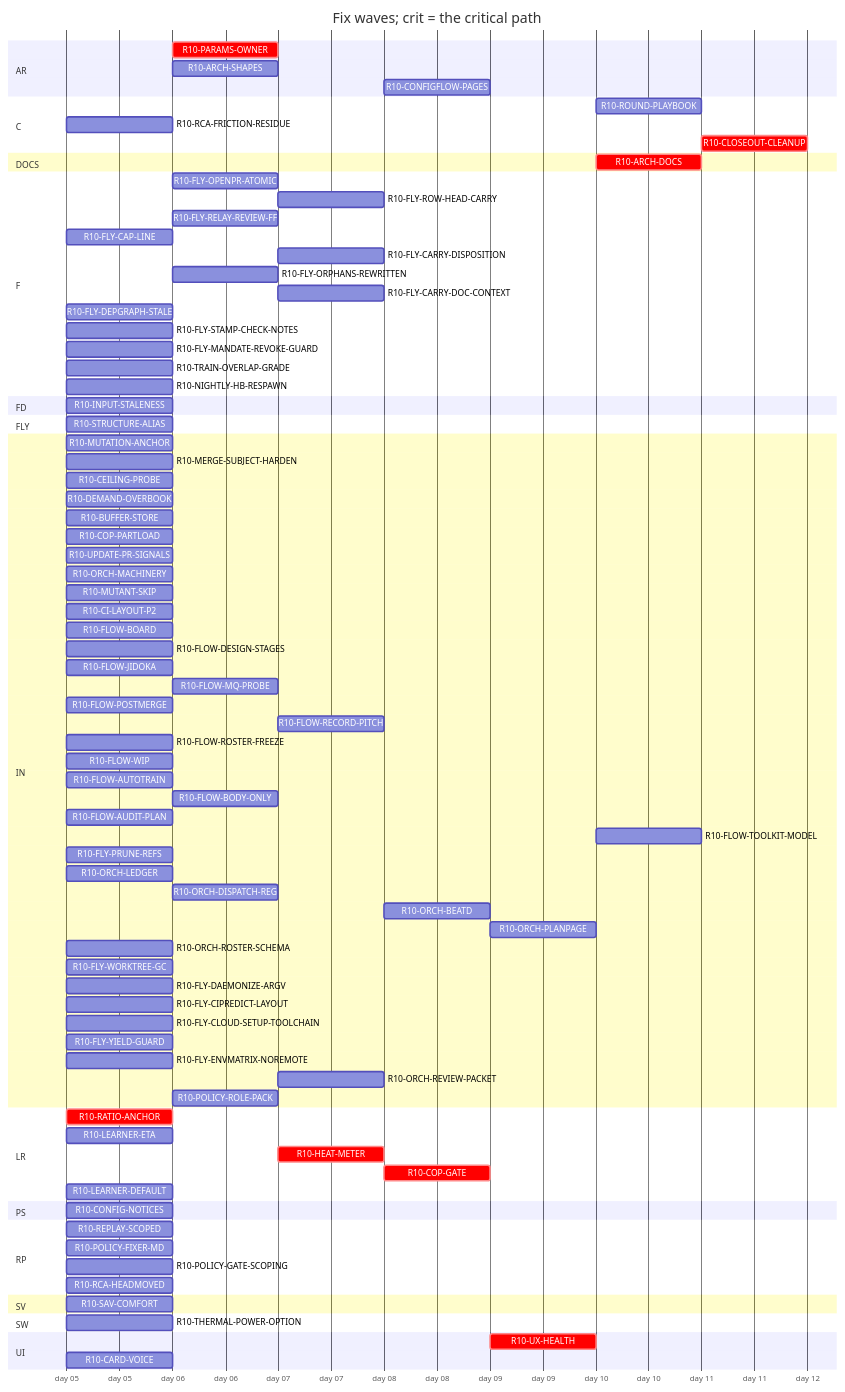
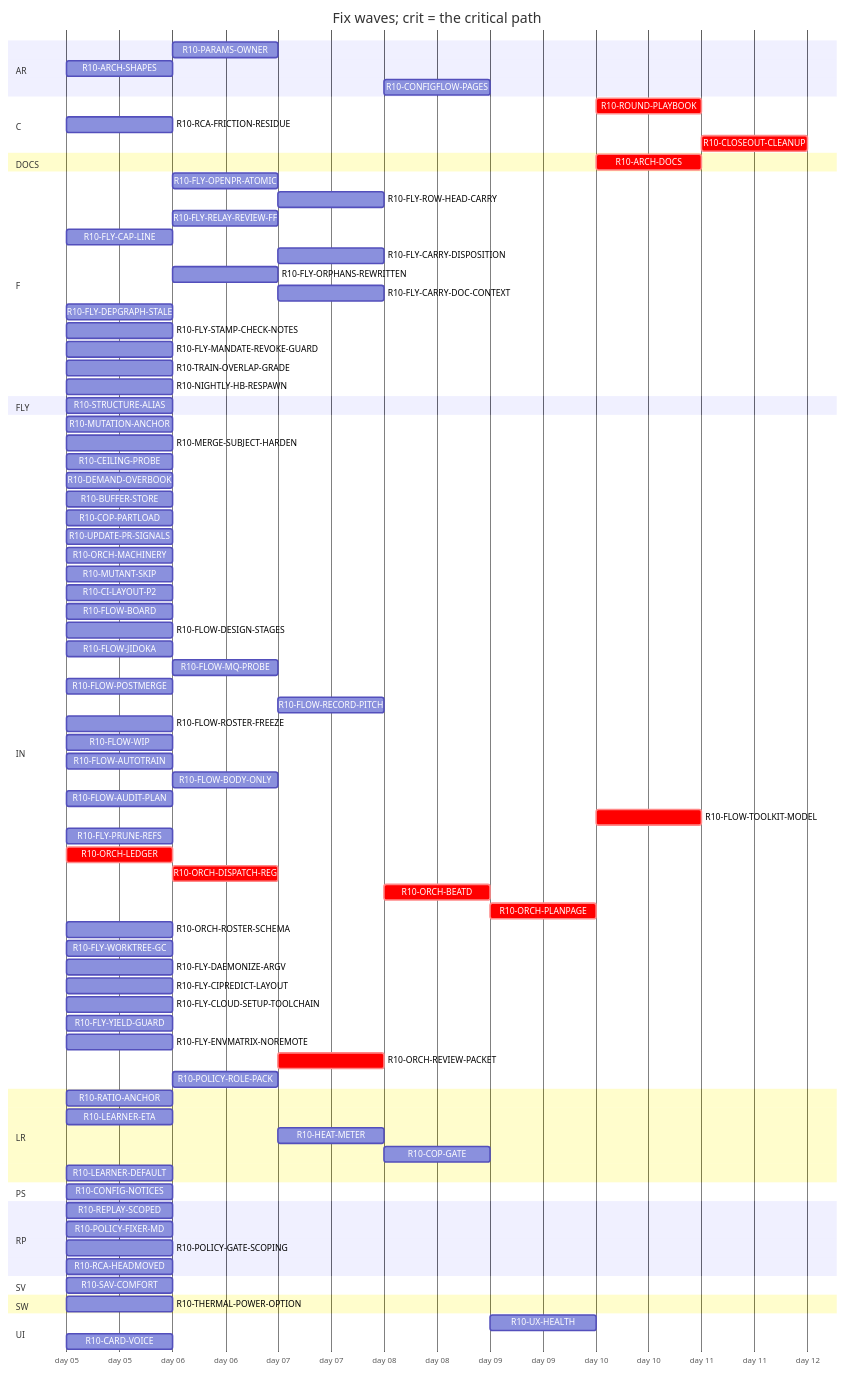
One commit to tvofi/heatpump_optimizer changed the diagram in handoff/round10/state/PLAN-TABLE.md. Above: the diagram before and after it, drawn with Mermaid. The commit also changed other lines of this file and 2 other files, not shown here.

````diff
--- a/handoff/round10/state/PLAN-TABLE.md
+++ b/handoff/round10/state/PLAN-TABLE.md
@@ -29,15 +28,15 @@
   dateFormat YYYY-MM-DD
   axisFormat day %d
   section AR
-    R10-PARAMS-OWNER :crit, r10PARAMSOWNER, after r10RATIOANCHOR, 1d
-    R10-ARCH-SHAPES :r10ARCHSHAPES, after r10INPUTSTALENESS, 1d
+    R10-PARAMS-OWNER :r10PARAMSOWNER, after r10RATIOANCHOR, 1d
+    R10-ARCH-SHAPES :r10ARCHSHAPES, 2026-01-05, 1d
     R10-CONFIGFLOW-PAGES :r10CONFIGFLOWPAGES, after r10HEATMETER, 1d
   section C
-    R10-ROUND-PLAYBOOK :r10ROUNDPLAYBOOK, after r10FLOWAUDITPLAN r10ORCHLEDGER r10ORCHDISPATCHREG r10ORCHBEATD r10ORCHPLANPAGE r10FLOWAUTOTRAIN r10CILAYOUTP2 r10FLYRELAYREVIEWFF r10FLOWROSTERFREEZE r10FLOWBODYONLY, 1d
+    R10-ROUND-PLAYBOOK :crit, r10ROUNDPLAYBOOK, after r10FLOWAUDITPLAN r10ORCHLEDGER r10ORCHDISPATCHREG r10ORCHBEATD r10ORCHPLANPAGE r10FLOWAUTOTRAIN r10CILAYOUTP2 r10FLYRELAYREVIEWFF r10FLOWROSTERFREEZE r10FLOWBODYONLY r10ARCHDOCS, 1d
     R10-RCA-FRICTION-RESIDUE :r10RCAFRICTIONRESIDUE, 2026-01-05, 1d
     R10-CLOSEOUT-CLEANUP :crit, r10CLOSEOUTCLEANUP, after r10FLYPRUNEREFS r10FLYWORKTREEGC r10ARCHDOCS r10ROUNDPLAYBOOK, 1d
   section DOCS
-    R10-ARCH-DOCS :crit, r10ARCHDOCS, after r10RATIOANCHOR r10INPUTSTALENESS r10CONFIGNOTICES r10PARAMSOWNER r10ARCHSHAPES r10LEARNERETA r10HEATMETER r10COPGATE r10UXHEALTH r10CONFIGFLOWPAGES r10REPLAYSCOPED, 1d
+    R10-ARCH-DOCS :crit, r10ARCHDOCS, after r10RATIOANCHOR r10CONFIGNOTICES r10PARAMSOWNER r10ARCHSHAPES r10LEARNERETA r10HEATMETER r10COPGATE r10UXHEALTH r10CONFIGFLOWPAGES r10REPLAYSCOPED r10POLICYFIXERMD r10POLICYGATESCOPING r10RCAHEADMOVED r10SAVCOMFORT r10MUTATIONANCHOR r10MERGESUBJECTHARDEN r10CEILINGPROBE r10DEMANDOVERBOOK r10BUFFERSTORE r10COPPARTLOAD r10UPDATEPRSIGNALS r10CARDVOICE r10THERMALPOWEROPTION r10LEARNERDEFAULT r10MUTANTSKIP r10CILAYOUTP2 r10FLOWBOARD r10FLOWDESIGNSTAGES r10FLOWJIDOKA r10FLOWMQPROBE r10FLOWPOSTMERGE r10FLOWRECORDPITCH r10FLOWROSTERFREEZE r10FLOWWIP r10FLOWAUTOTRAIN r10FLOWBODYONLY r10FLYOPENPRATOMIC r10FLYROWHEADCARRY r10FLOWAUDITPLAN r10FLYRELAYREVIEWFF r10FLYCAPLINE r10FLYCARRYDISPOSITION r10FLYORPHANSREWRITTEN r10FLYCARRYDOCCONTEXT r10FLYDEPGRAPHSTALE r10FLOWTOOLKITMODEL r10FLYSTAMPCHECKNOTES r10FLYMANDATEREVOKEGUARD r10RCAFRICTIONRESIDUE r10TRAINOVERLAPGRADE r10NIGHTLYHBRESPAWN r10FLYPRUNEREFS r10ORCHLEDGER r10ORCHDISPATCHREG r10ORCHBEATD r10ORCHPLANPAGE r10ORCHROSTERSCHEMA r10FLYWORKTREEGC r10FLYDAEMONIZEARGV r10FLYCIPREDICTLAYOUT r10FLYCLOUDSETUPTOOLCHAIN r10FLYYIELDGUARD r10FLYENVMATRIXNOREMOTE r10STRUCTUREALIAS r10ORCHREVIEWPACKET r10POLICYROLEPACK, 1d
   section F
     R10-FLY-OPENPR-ATOMIC :r10FLYOPENPRATOMIC, after r10UPDATEPRSIGNALS, 1d
     R10-FLY-ROW-HEAD-CARRY :r10FLYROWHEADCARRY, after r10CILAYOUTP2 r10FLYOPENPRATOMIC r10FLOWMQPROBE, 1d
@@ -51,8 +50,6 @@
     R10-FLY-MANDATE-REVOKE-GUARD :r10FLYMANDATEREVOKEGUARD, 2026-01-05, 1d
     R10-TRAIN-OVERLAP-GRADE :r10TRAINOVERLAPGRADE, 2026-01-05, 1d
     R10-NIGHTLY-HB-RESPAWN :r10NIGHTLYHBRESPAWN, 2026-01-05, 1d
-  section FD
-    R10-INPUT-STALENESS :r10INPUTSTALENESS, 2026-01-05, 1d
   section FLY
     R10-STRUCTURE-ALIAS :r10STRUCTUREALIAS, 2026-01-05, 1d
   section IN
@@ -77,12 +74,12 @@
     R10-FLOW-AUTOTRAIN :r10FLOWAUTOTRAIN, 2026-01-05, 1d
     R10-FLOW-BODY-ONLY :r10FLOWBODYONLY, after r10UPDATEPRSIGNALS, 1d
     R10-FLOW-AUDIT-PLAN :r10FLOWAUDITPLAN, 2026-01-05, 1d
-    R10-FLOW-TOOLKIT-MODEL :r10FLOWTOOLKITMODEL, after r10ORCHPLANPAGE, 1d
+    R10-FLOW-TOOLKIT-MODEL :crit, r10FLOWTOOLKITMODEL, after r10ORCHPLANPAGE, 1d
     R10-FLY-PRUNE-REFS :r10FLYPRUNEREFS, 2026-01-05, 1d
-    R10-ORCH-LEDGER :r10ORCHLEDGER, 2026-01-05, 1d
-    R10-ORCH-DISPATCH-REG :r10ORCHDISPATCHREG, after r10ORCHLEDGER, 1d
-    R10-ORCH-BEATD :r10ORCHBEATD, after r10ORCHDISPATCHREG r10POLICYFIXERMD r10ORCHREVIEWPACKET, 1d
-    R10-ORCH-PLANPAGE :r10ORCHPLANPAGE, after r10ORCHBEATD, 1d
+    R10-ORCH-LEDGER :crit, r10ORCHLEDGER, 2026-01-05, 1d
+    R10-ORCH-DISPATCH-REG :crit, r10ORCHDISPATCHREG, after r10ORCHLEDGER, 1d
+    R10-ORCH-BEATD :crit, r10ORCHBEATD, after r10ORCHDISPATCHREG r10POLICYFIXERMD r10ORCHREVIEWPACKET, 1d
+    R10-ORCH-PLANPAGE :crit, r10ORCHPLANPAGE, after r10ORCHBEATD, 1d
     R10-ORCH-ROSTER-SCHEMA :r10ORCHROSTERSCHEMA, 2026-01-05, 1d
     R10-FLY-WORKTREE-GC :r10FLYWORKTREEGC, 2026-01-05, 1d
     R10-FLY-DAEMONIZE-ARGV :r10FLYDAEMONIZEARGV, 2026-01-05, 1d
@@ -90,13 +87,13 @@
     R10-FLY-CLOUD-SETUP-TOOLCHAIN :r10FLYCLOUDSETUPTOOLCHAIN, 2026-01-05, 1d
     R10-FLY-YIELD-GUARD :r10FLYYIELDGUARD, 2026-01-05, 1d
     R10-FLY-ENVMATRIX-NOREMOTE :r10FLYENVMATRIXNOREMOTE, 2026-01-05, 1d
-    R10-ORCH-REVIEW-PACKET :r10ORCHREVIEWPACKET, after r10ORCHDISPATCHREG r10POLICYFIXERMD, 1d
+    R10-ORCH-REVIEW-PACKET :crit, r10ORCHREVIEWPACKET, after r10ORCHDISPATCHREG r10POLICYFIXERMD, 1d
     R10-POLICY-ROLE-PACK :r10POLICYROLEPACK, after r10POLICYFIXERMD r10FLOWDESIGNSTAGES, 1d
   section LR
-    R10-RATIO-ANCHOR :crit, r10RATIOANCHOR, 2026-01-05, 1d
+    R10-RATIO-ANCHOR :r10RATIOANCHOR, 2026-01-05, 1d
     R10-LEARNER-ETA :r10LEARNERETA, 2026-01-05, 1d
-    R10-HEAT-METER :crit, r10HEATMETER, after r10LEARNERETA r10INPUTSTALENESS r10RATIOANCHOR r10PARAMSOWNER r10ARCHSHAPES r10THERMALPOWEROPTION, 1d
-    R10-COP-GATE :crit, r10COPGATE, after r10HEATMETER, 1d
+    R10-HEAT-METER :r10HEATMETER, after r10LEARNERETA r10RATIOANCHOR r10PARAMSOWNER r10ARCHSHAPES r10THERMALPOWEROPTION, 1d
+    R10-COP-GATE :r10COPGATE, after r10HEATMETER, 1d
     R10-LEARNER-DEFAULT :r10LEARNERDEFAULT, 2026-01-05, 1d
   section PS
     R10-CONFIG-NOTICES :r10CONFIGNOTICES, 2026-01-05, 1d
@@ -110,6 +107,6 @@
   section SW
     R10-THERMAL-POWER-OPTION :r10THERMALPOWEROPTION, 2026-01-05, 1d
   section UI
-    R10-UX-HEALTH :crit, r10UXHEALTH, after r10COPGATE r10HEATMETER, 1d
+    R10-UX-HEALTH :r10UXHEALTH, after r10COPGATE r10HEATMETER, 1d
     R10-CARD-VOICE :r10CARDVOICE, 2026-01-05, 1d
 ```
````
